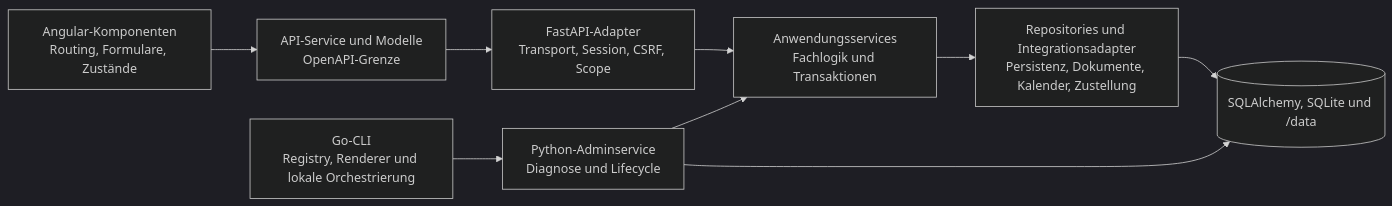
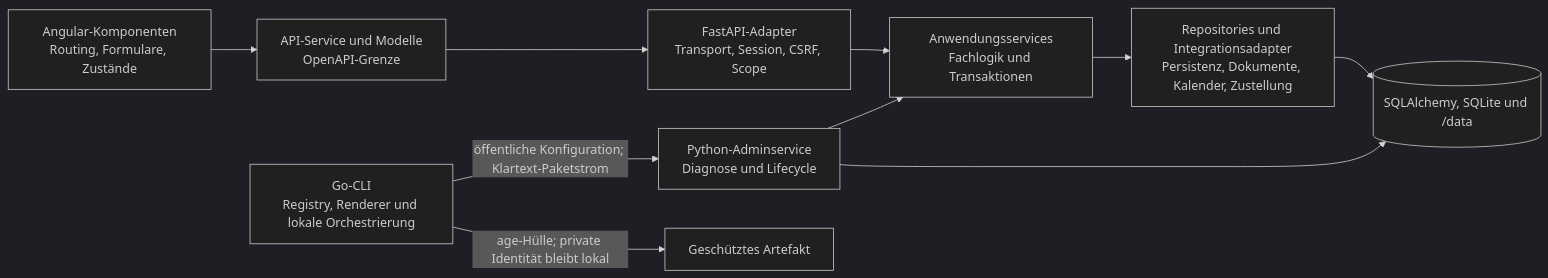
One commit to lxndrp/lzug changed the third of 5 diagrams in docs/developers/architecture.md. Above: the diagram before and after it, drawn with Mermaid (dark theme). The commit also changed other lines of this file and 51 other files, not shown here.

Commit message:
feat: move artifact encryption into operator CLI

````diff
--- a/docs/developers/architecture.md
+++ b/docs/developers/architecture.md
@@ -66,20 +66,21 @@
 ```mermaid
 flowchart LR
   spa["Angular-Komponenten<br/>Routing, Formulare, Zustände"]
   client["API-Service und Modelle<br/>OpenAPI-Grenze"]
   http["FastAPI-Adapter<br/>Transport, Session, CSRF, Scope"]
   core["Anwendungsservices<br/>Fachlogik und Transaktionen"]
   repo["Repositories und Integrationsadapter<br/>Persistenz, Dokumente, Kalender, Zustellung"]
   store[("SQLAlchemy, SQLite und /data")]
   admin["Python-Adminservice<br/>Diagnose und Lifecycle"]
   cli["Go-CLI<br/>Registry, Renderer und lokale Orchestrierung"]
 
   spa --> client
   client --> http
   http --> core
   core --> repo
   repo --> store
-  cli --> admin
+  cli -->|"öffentliche Konfiguration; Klartext-Paketstrom"| admin
+  cli -->|"age-Hülle; private Identität bleibt lokal"| artifact["Geschütztes Artefakt"]
   admin --> core
   admin --> store
 ```
````
